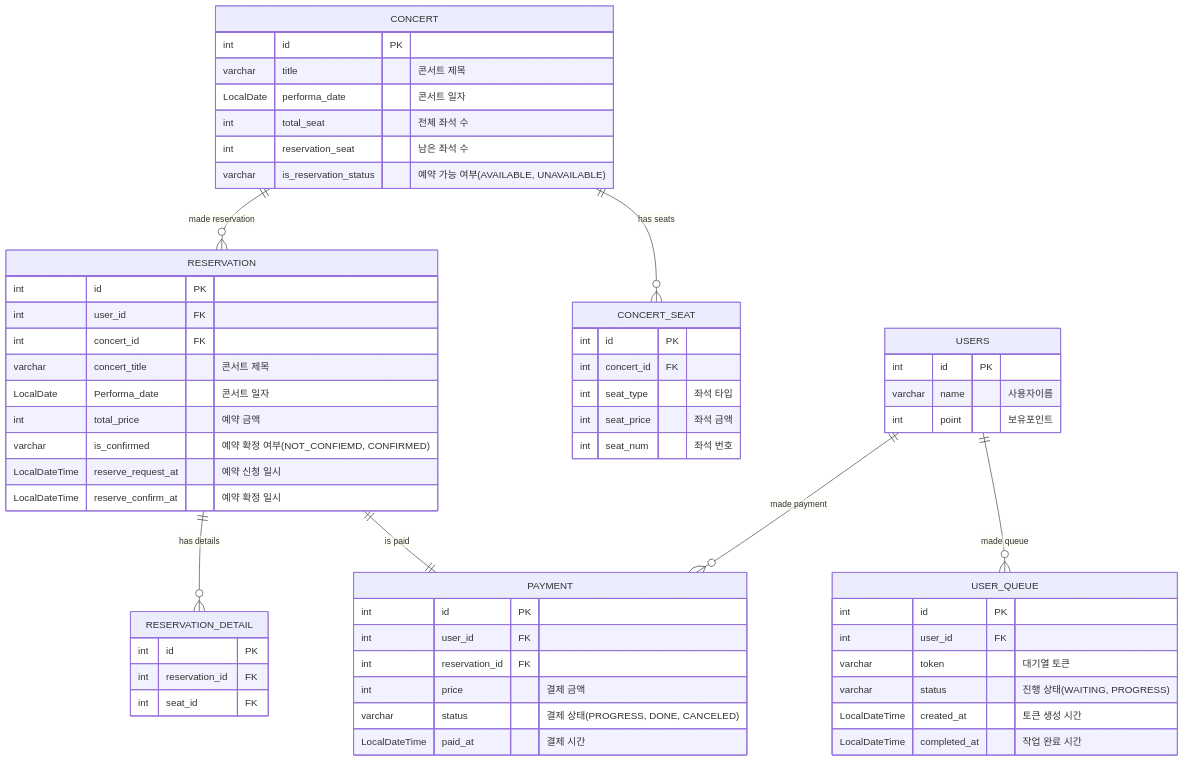
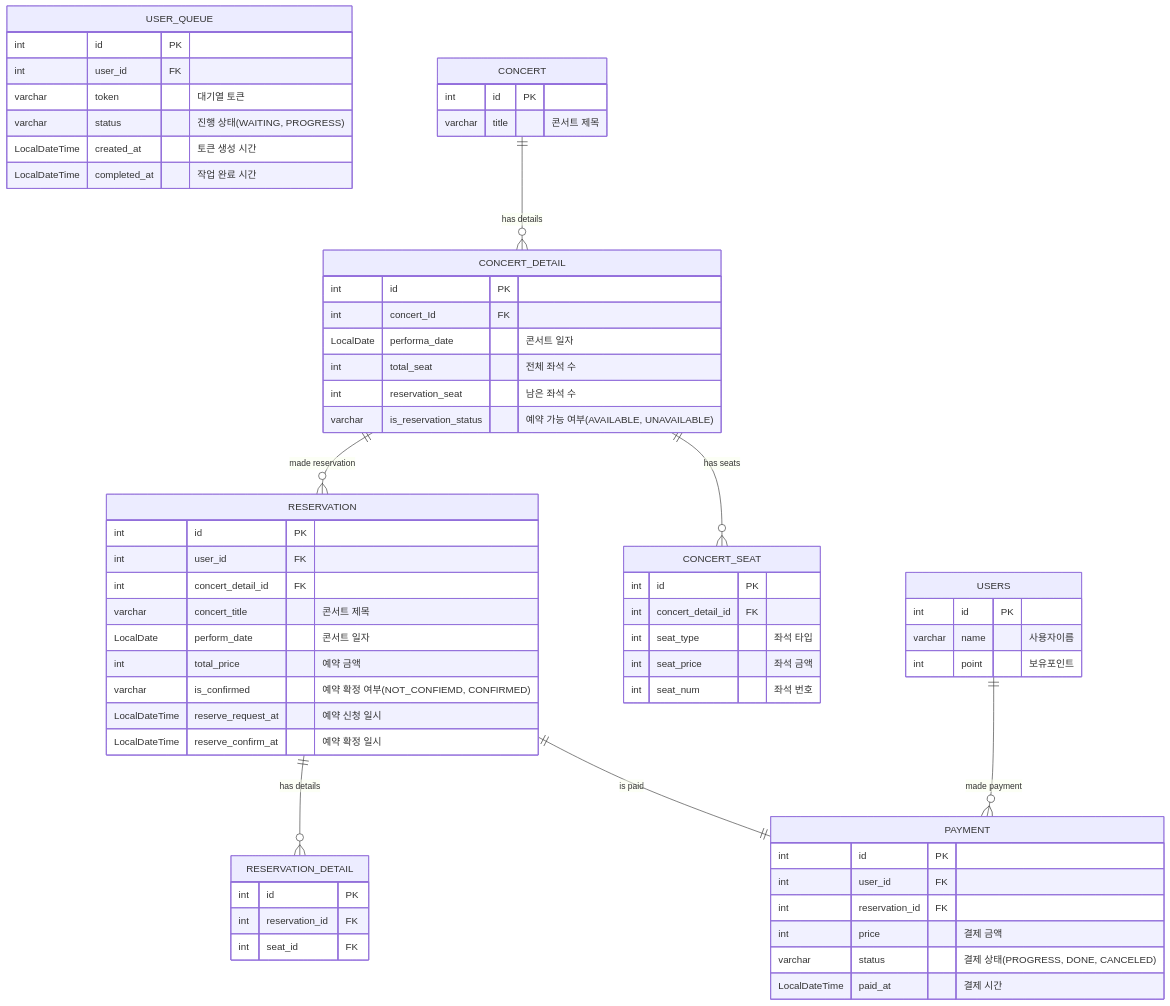
The diagram in reservation/doc/ERD.md (Lexyyaa/hhplus-reservation), drawn with Mermaid before and after one commit.

````diff
--- a/reservation/doc/ERD.md
+++ b/reservation/doc/ERD.md
@@ -4,72 +4,73 @@
 ```mermaid
 erDiagram
     USERS {
         int id PK
         varchar name "사용자이름"
         int point "보유포인트"
     }
 
     USER_QUEUE {
         int id PK 
         int user_id FK
         varchar token "대기열 토큰"
         varchar status "진행 상태(WAITING, PROGRESS)"
         LocalDateTime created_at "토큰 생성 시간"
         LocalDateTime completed_at "작업 완료 시간"
     }
 
     CONCERT {
         int id PK
         varchar title "콘서트 제목"
+    }
+
+    CONCERT_DETAIL {
+        int id PK
+        int concert_Id FK 
         LocalDate performa_date "콘서트 일자"
         int total_seat "전체 좌석 수"
         int reservation_seat "남은 좌석 수"
         varchar is_reservation_status "예약 가능 여부(AVAILABLE, UNAVAILABLE)"
     }
 
     CONCERT_SEAT {
         int id PK
-        int concert_id FK
+        int concert_detail_id FK
         int seat_type "좌석 타입"
         int seat_price "좌석 금액"
         int seat_num "좌석 번호"
     }
 
     RESERVATION {
         int id PK
         int user_id FK
-        int concert_id FK
+        int concert_detail_id FK
         varchar concert_title "콘서트 제목"
-        LocalDate Performa_date "콘서트 일자"
+        LocalDate perform_date "콘서트 일자"
         int total_price "예약 금액"
         varchar is_confirmed "예약 확정 여부(NOT_CONFIEMD, CONFIRMED)"
         LocalDateTime reserve_request_at "예약 신청 일시"
         LocalDateTime reserve_confirm_at "예약 확정 일시"
     }
 
     RESERVATION_DETAIL {
         int id PK
         int reservation_id FK
         int seat_id FK
     }
 
     PAYMENT {
         int id PK
         int user_id FK
         int reservation_id FK
         int price "결제 금액"
         varchar status "결제 상태(PROGRESS, DONE, CANCELED)"
         LocalDateTime paid_at "결제 시간"
     }
 
     RESERVATION ||--o{ RESERVATION_DETAIL: "has details"
     RESERVATION ||--|| PAYMENT: "is paid"
-
-
-    USERS ||--o{ USER_QUEUE: "made queue"
     USERS ||--o{ PAYMENT: "made payment"
-
-
-    CONCERT ||--o{ CONCERT_SEAT: "has seats"
-    CONCERT ||--o{ RESERVATION: "made reservation"
+    CONCERT ||--o{ CONCERT_DETAIL: "has details"
+    CONCERT_DETAIL ||--o{ CONCERT_SEAT: "has seats"
+    CONCERT_DETAIL ||--o{ RESERVATION: "made reservation"
 ```
````
